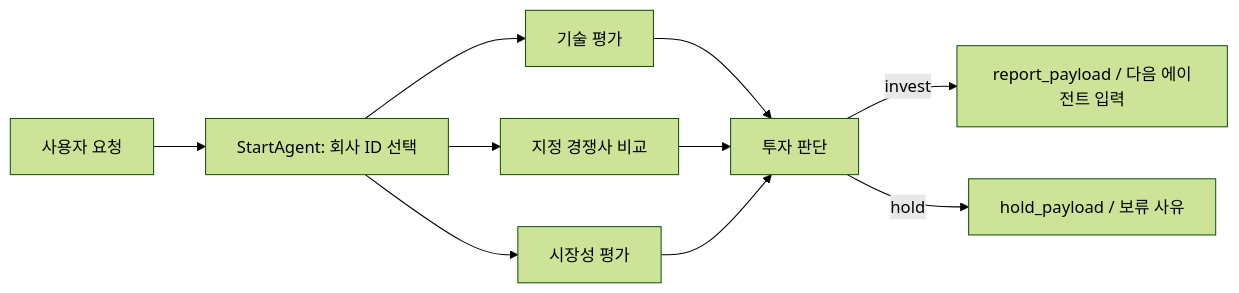
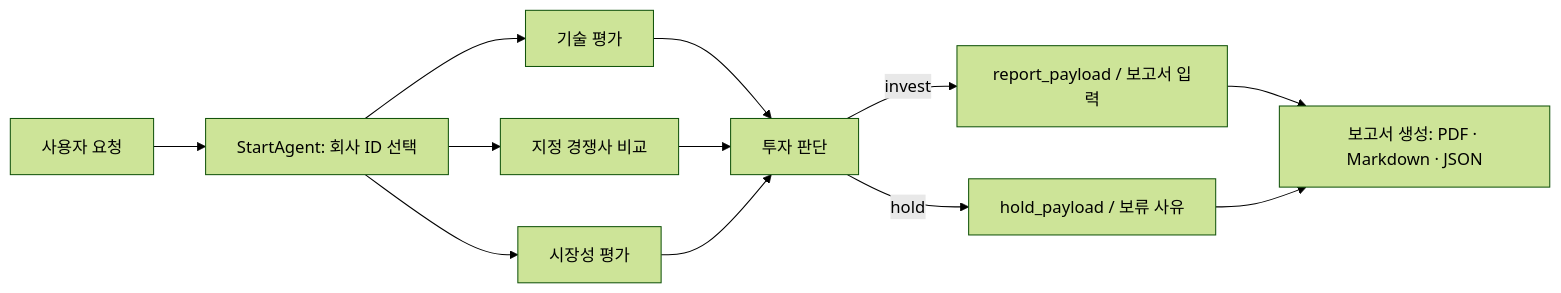
The diagram in README.md (SKALA-BlackRubberShoes/gicheol), drawn with Mermaid (forest theme) before and after one commit. The commit also changed other lines of this file and 24 other files, not shown here.

````diff
--- a/README.md
+++ b/README.md
@@ -63,12 +73,14 @@
 ```mermaid
 flowchart LR
     P["사용자 요청"] --> S["StartAgent: 회사 ID 선택"]
     S --> T["기술 평가"]
     S --> C["지정 경쟁사 비교"]
     S --> M["시장성 평가"]
     T --> J["투자 판단"]
     C --> J
     M --> J
-    J -->|invest| R["report_payload / 다음 에이전트 입력"]
+    J -->|invest| R["report_payload / 보고서 입력"]
     J -->|hold| H["hold_payload / 보류 사유"]
+    R --> F["보고서 생성: PDF · Markdown · JSON"]
+    H --> F
 ```
````
